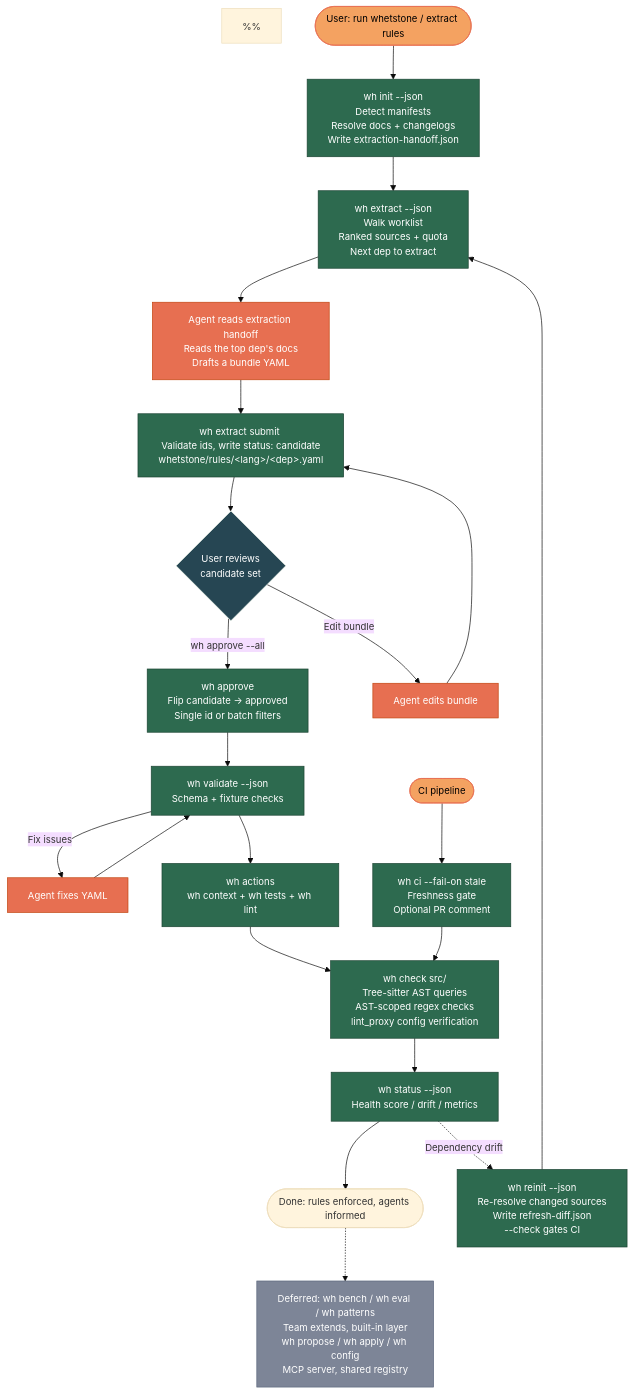
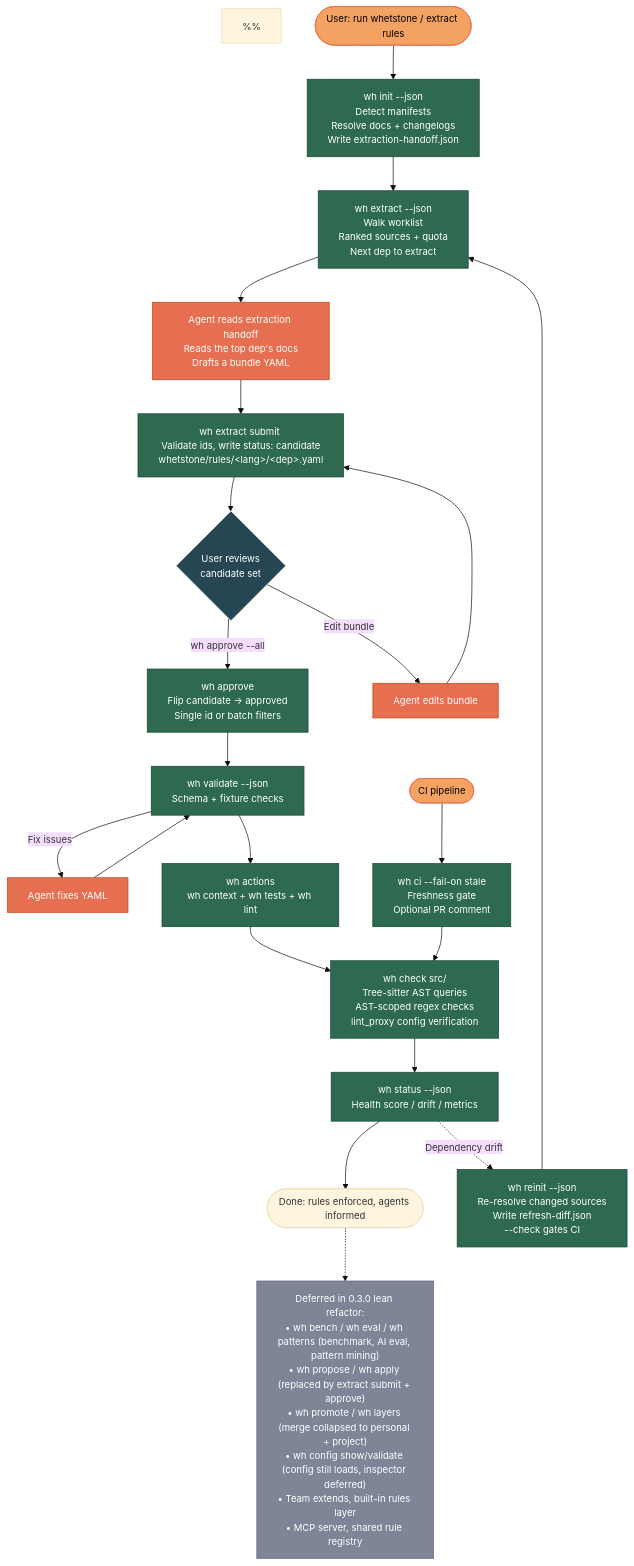
Before and after one commit to angusbezzina/whetstone: the diagram in planning/whetstone-logic-flow.mmd, drawn with Mermaid. The commit also changed 2 other files, not shown here.

Commit message:
docs(planning): rewrite overview around 0.3.0 + ASCII seven-step flow
overview:
- Replace "Current State (v0.2.0)" with a 0.3.0 feature table that
  reflects the actual post-lean surface (extract/approve/actions/lint
  present; apply/bench/eval/promote/layers removed).
- New section "How It Works: The Seven-Command Loop" with a boxed
  ASCII flow showing bootstrap → extract → approve → generate →
  verify → monitor → maintain.
- New "Deferred in the 0.3.0 Lean Refactor" table listing every
  removed feature with rationale.
- New Epic 3D section documenting the lean refactor (beads ff5, aww,
  7s3, 5f4, beh, ldr, co7, 987).
- CLI Command Reference deduplicated and stripped of removed commands
  (wh apply / wh bench / wh eval / wh patterns).
- Add "Lean over comprehensive" as design principle #7.
- Key Files table refreshed.
- Beads State lists the lean-refactor beads and cross-refs bd memories.
- Architecture's "What the Binary/Skill Does" lists rewritten around
  extract/approve (was propose/apply/bench).

logic-flow.mmd:
- Expand the "Deferred" terminal node to enumerate every removed 0.3.0
  feature with its replacement.

Closes whetstone-64x.

```diff
--- a/planning/whetstone-logic-flow.mmd
+++ b/planning/whetstone-logic-flow.mmd
@@ -1,55 +1,55 @@
 %%{ init: { "theme": "base", "themeVariables": { "fontSize": "14px" } } }%%
 flowchart TD
     %% ═══════════════════════════════════════
     %% WHETSTONE 0.3.0 — LEAN LOGIC FLOW
     %%
     %% Green  = Binary (shipped deterministic commands)
     %% Orange = Agent  (judgment via SKILL.md)
     %% Blue   = User   (approval / preference decisions)
     %% Grey   = Deferred / future
     %% ═══════════════════════════════════════
 
     START([User: run whetstone / extract rules]) --> INIT["wh init --json<br/>Detect manifests<br/>Resolve docs + changelogs<br/>Write extraction-handoff.json"]
 
     INIT --> EXTRACT["wh extract --json<br/>Walk worklist<br/>Ranked sources + quota<br/>Next dep to extract"]
 
     EXTRACT --> AGENT_EXTRACT["Agent reads extraction handoff<br/>Reads the top dep's docs<br/>Drafts a bundle YAML"]
 
     AGENT_EXTRACT --> SUBMIT["wh extract submit <bundle.yaml><br/>Validate ids, write status: candidate<br/>whetstone/rules/&lt;lang&gt;/&lt;dep&gt;.yaml"]
 
     SUBMIT --> USER{"User reviews<br/>candidate set"}
 
     USER -->|wh approve --all| APPROVE["wh approve<br/>Flip candidate → approved<br/>Single id or batch filters"]
     USER -->|Edit bundle| AGENT_EDIT["Agent edits bundle"] --> SUBMIT
 
     APPROVE --> VALIDATE["wh validate --json<br/>Schema + fixture checks"]
     VALIDATE -->|Fix issues| AGENT_FIX["Agent fixes YAML"] --> VALIDATE
     VALIDATE --> ACTIONS["wh actions<br/>wh context + wh tests + wh lint"]
 
     ACTIONS --> CHECK["wh check src/<br/>Tree-sitter AST queries<br/>AST-scoped regex checks<br/>lint_proxy config verification"]
     CHECK --> STATUS["wh status --json<br/>Health score / drift / metrics"]
     STATUS --> DONE([Done: rules enforced, agents informed])
 
     %% Refresh loop
     STATUS -.->|Dependency drift| REINIT["wh reinit --json<br/>Re-resolve changed sources<br/>Write refresh-diff.json<br/>--check gates CI"]
     REINIT --> EXTRACT
 
     %% CI path
     CI_START([CI pipeline]) --> CI["wh ci --fail-on stale<br/>Freshness gate<br/>Optional PR comment"]
     CI --> CHECK
 
     %% Deferred / future
-    DONE -.-> FUTURE["Deferred: wh bench / wh eval / wh patterns<br/>Team extends, built-in layer<br/>wh propose / wh apply / wh config<br/>MCP server, shared registry"]
+    DONE -.-> FUTURE["Deferred in 0.3.0 lean refactor:<br/>• wh bench / wh eval / wh patterns (benchmark, AI eval, pattern mining)<br/>• wh propose / wh apply (replaced by extract submit + approve)<br/>• wh promote / wh layers (merge collapsed to personal + project)<br/>• wh config show/validate (config still loads, inspector deferred)<br/>• Team extends, built-in rules layer<br/>• MCP server, shared rule registry"]
 
     %% Styling
     classDef binary fill:#2d6a4f,color:#fff,stroke:#1b4332
     classDef agent fill:#e76f51,color:#fff,stroke:#c1440e
     classDef user fill:#264653,color:#fff,stroke:#f1faee
     classDef future fill:#7d8597,color:#fff,stroke:#5c677d
     classDef start fill:#f4a261,color:#000,stroke:#e76f51
 
     class INIT,EXTRACT,SUBMIT,APPROVE,VALIDATE,ACTIONS,CHECK,STATUS,REINIT,CI binary
     class AGENT_EXTRACT,AGENT_EDIT,AGENT_FIX agent
     class USER user
     class FUTURE future
     class START,CI_START start
```
